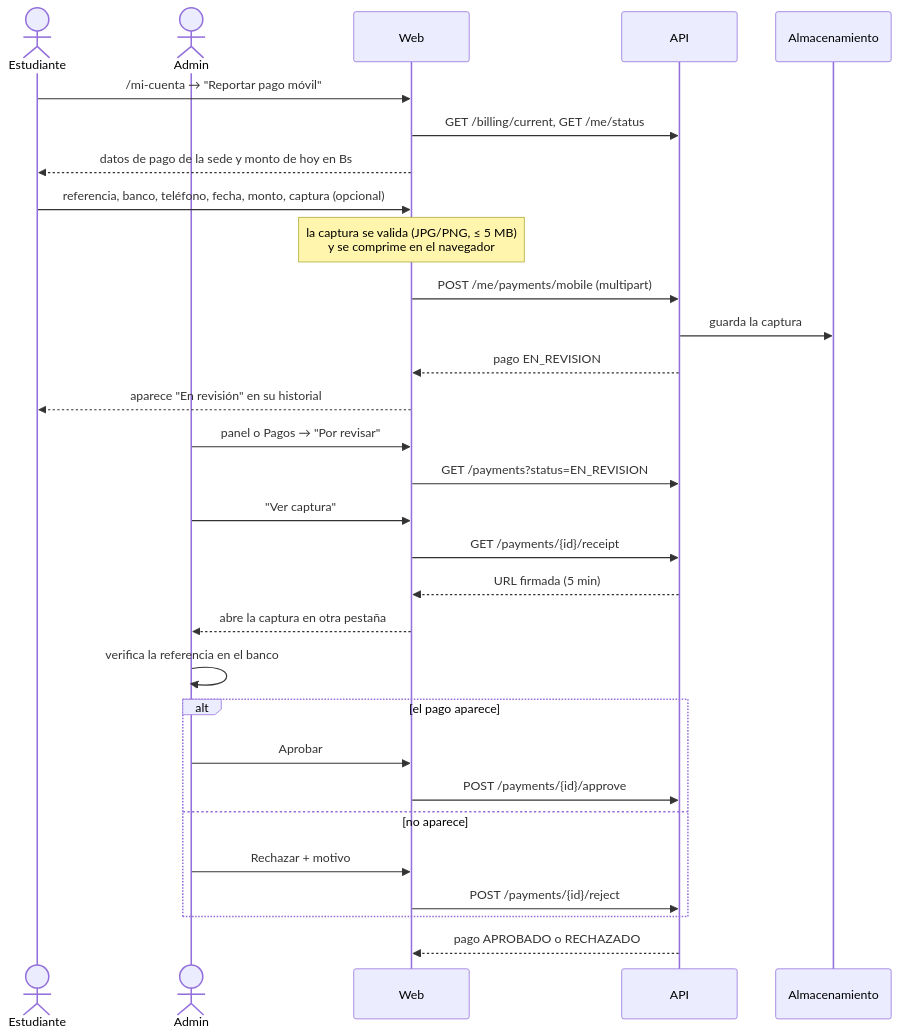
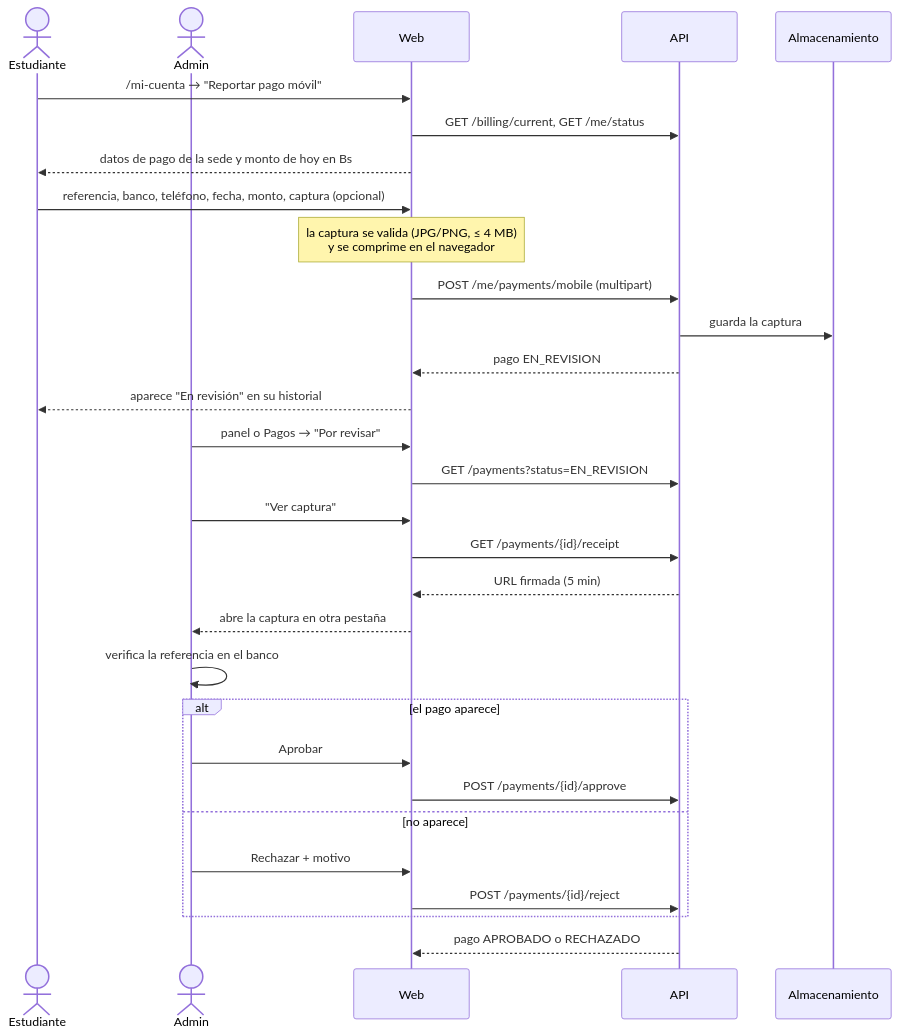
One commit to Centro-De-Estudiantes-Informatica/View-Internet changed the third of 4 diagrams in docs/flujos.md. Above: the diagram before and after it, drawn with Mermaid. The commit also changed other lines of this file and 26 other files, not shown here.

````diff
--- a/docs/flujos.md
+++ b/docs/flujos.md
@@ -69,34 +73,34 @@
 ```mermaid
 sequenceDiagram
   actor Est as Estudiante
   actor Admin
   participant Web
   participant API
   participant S3 as Almacenamiento
 
   Est->>Web: /mi-cuenta → "Reportar pago móvil"
   Web->>API: GET /billing/current, GET /me/status
   Web-->>Est: datos de pago de la sede y monto de hoy en Bs
   Est->>Web: referencia, banco, teléfono, fecha, monto, captura (opcional)
-  Note over Web: la captura se valida (JPG/PNG, ≤ 5 MB)<br/>y se comprime en el navegador
+  Note over Web: la captura se valida (JPG/PNG, ≤ 4 MB)<br/>y se comprime en el navegador
   Web->>API: POST /me/payments/mobile (multipart)
   API->>S3: guarda la captura
   API-->>Web: pago EN_REVISION
   Web-->>Est: aparece "En revisión" en su historial
 
   Admin->>Web: panel o Pagos → "Por revisar"
   Web->>API: GET /payments?status=EN_REVISION
   Admin->>Web: "Ver captura"
   Web->>API: GET /payments/{id}/receipt
   API-->>Web: URL firmada (5 min)
   Web-->>Admin: abre la captura en otra pestaña
   Admin->>Admin: verifica la referencia en el banco
   alt el pago aparece
     Admin->>Web: Aprobar
     Web->>API: POST /payments/{id}/approve
   else no aparece
     Admin->>Web: Rechazar + motivo
     Web->>API: POST /payments/{id}/reject
   end
   API-->>Web: pago APROBADO o RECHAZADO
 ```
````
